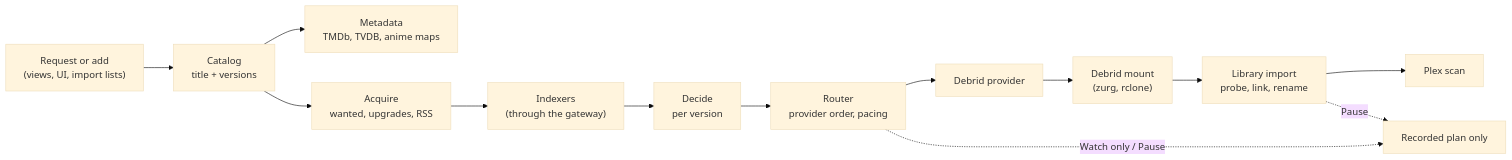
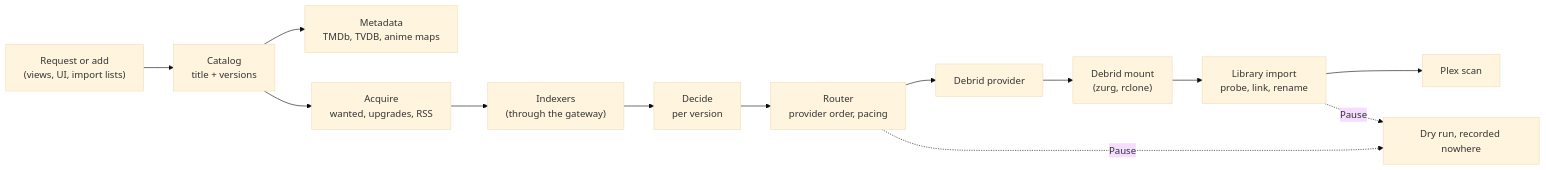
Before and after one commit to theatarr/theatarr: the diagram in docs/design/overview.md, drawn with Mermaid (base theme). The commit also changed other lines of this file and 412 other files, not shown here.

First line of the commit message:
Remove Watch only: every library is Live

````diff
--- a/docs/design/overview.md
+++ b/docs/design/overview.md
@@ -32,15 +32,15 @@
 ```mermaid
 flowchart LR
   req["Request or add<br/>(views, UI, import lists)"] --> cat["Catalog<br/>title + versions"]
   cat --> meta["Metadata<br/>TMDb, TVDB, anime maps"]
   cat --> acq["Acquire<br/>wanted, upgrades, RSS"]
   acq --> idx["Indexers<br/>(through the gateway)"]
   idx --> dec["Decide<br/>per version"]
   dec --> rt["Router<br/>provider order, pacing"]
   rt --> prov["Debrid provider"]
   prov --> mount["Debrid mount<br/>(zurg, rclone)"]
   mount --> lib["Library import<br/>probe, link, rename"]
   lib --> plex["Plex scan"]
-  rt -. "Watch only / Pause" .-> rec["Recorded plan only"]
+  rt -. "Pause" .-> rec["Dry run, recorded nowhere"]
   lib -. "Pause" .-> rec
 ```
````
